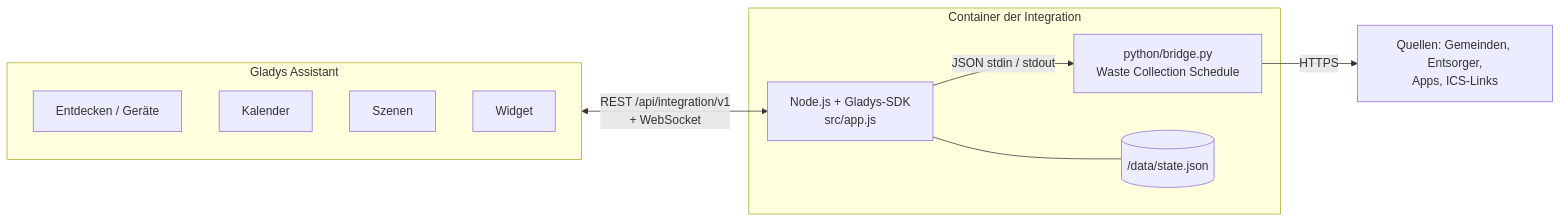
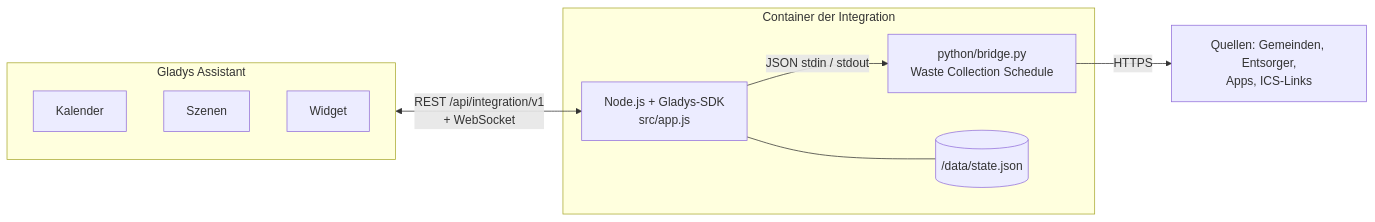
One commit to William-De71/gladys-waste-collection-schedule changed the first of 3 diagrams in README.de.md. Above: the diagram before and after it, drawn with Mermaid. The commit also changed other lines of this file and 24 other files, not shown here.

````diff
--- a/README.de.md
+++ b/README.de.md
@@ -30,19 +29,18 @@
 ```mermaid
 flowchart LR
   subgraph Gladys["Gladys Assistant"]
-    D[Entdecken / Geräte]
     C[Kalender]
     S[Szenen]
     W[Widget]
   end
   subgraph Container["Container der Integration"]
     N["Node.js + Gladys-SDK<br/>src/app.js"]
     P["python/bridge.py<br/>Waste Collection Schedule"]
     F[("/data/state.json")]
   end
   Sources["Quellen: Gemeinden, Entsorger,<br/>Apps, ICS-Links"]
   Gladys <-- "REST /api/integration/v1<br/>+ WebSocket" --> N
   N -- "JSON stdin / stdout" --> P
   N --- F
   P -- HTTPS --> Sources
 ```
````
